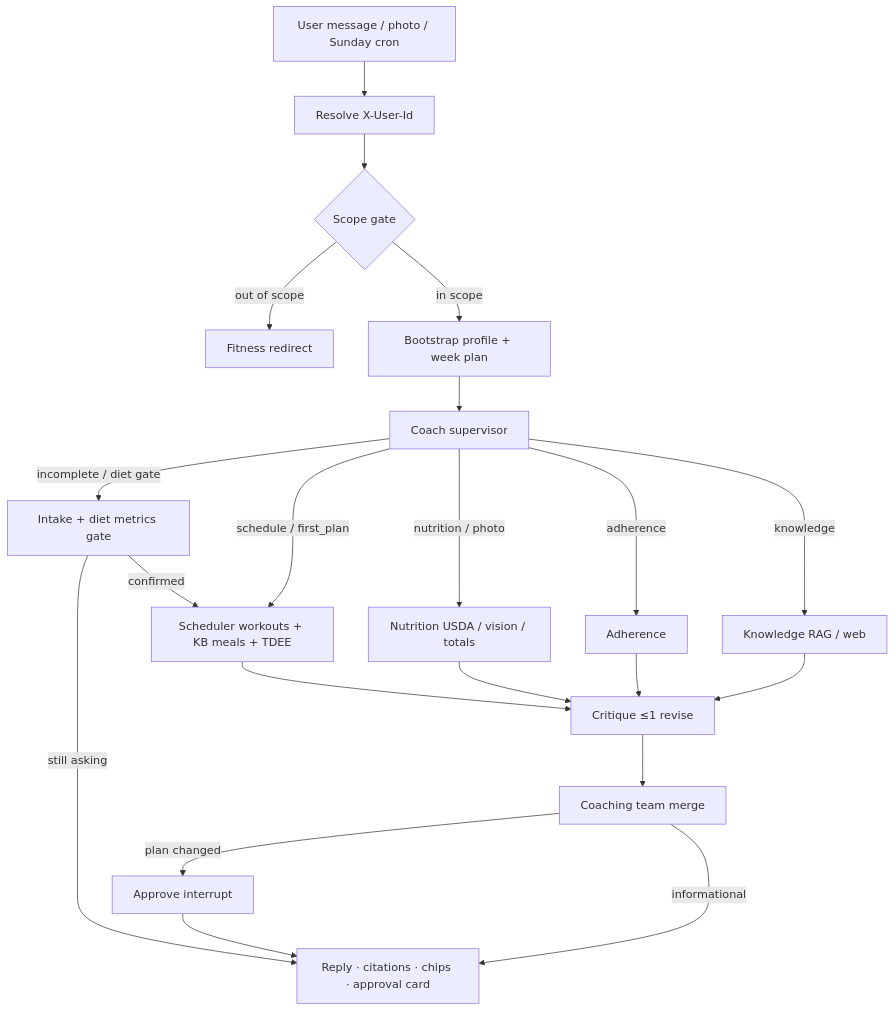
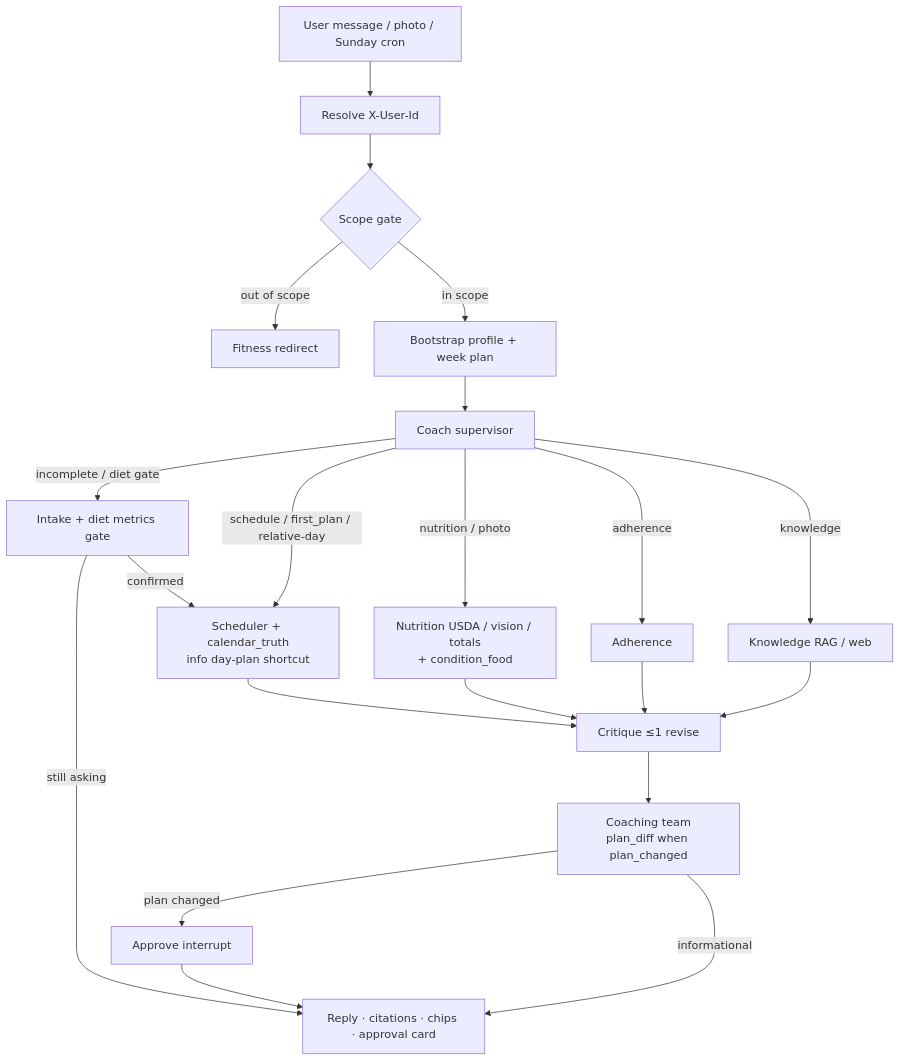
The second of 2 diagrams in README.md (saurabhIU/SteadyFit), drawn with Mermaid before and after one commit. The commit also changed other lines of this file and 19 other files, not shown here.

Commit message:
roadmap.md added plus some bug fixes

````diff
--- a/README.md
+++ b/README.md
@@ -170,36 +181,36 @@
 ```mermaid
 flowchart TD
     MSG[User message / photo / Sunday cron]
     HDR[Resolve X-User-Id]
     GATE{Scope gate}
     REFUSE[Fitness redirect]
     BOOT[Bootstrap profile + week plan]
     COACH[Coach supervisor]
     INT[Intake + diet metrics gate]
-    SCH[Scheduler workouts + KB meals + TDEE]
-    NUT[Nutrition USDA / vision / totals]
+    SCH[Scheduler + calendar_truth<br/>info day-plan shortcut]
+    NUT[Nutrition USDA / vision / totals<br/>+ condition_food]
     ADH[Adherence]
     KNOW[Knowledge RAG / web]
     CRIT[Critique ≤1 revise]
-    TEAM[Coaching team merge]
+    TEAM[Coaching team<br/>plan_diff when plan_changed]
     HITL[Approve interrupt]
     OUT[Reply · citations · chips · approval card]
 
     MSG --> HDR --> GATE
     GATE -->|out of scope| REFUSE
     GATE -->|in scope| BOOT --> COACH
     COACH -->|incomplete / diet gate| INT
     INT -->|still asking| OUT
     INT -->|confirmed| SCH
-    COACH -->|schedule / first_plan| SCH
+    COACH -->|schedule / first_plan / relative-day| SCH
     COACH -->|nutrition / photo| NUT
     COACH -->|adherence| ADH
     COACH -->|knowledge| KNOW
     SCH --> CRIT
     NUT --> CRIT
     ADH --> CRIT
     KNOW --> CRIT
     CRIT --> TEAM
     TEAM -->|plan changed| HITL --> OUT
     TEAM -->|informational| OUT
 ```
````
